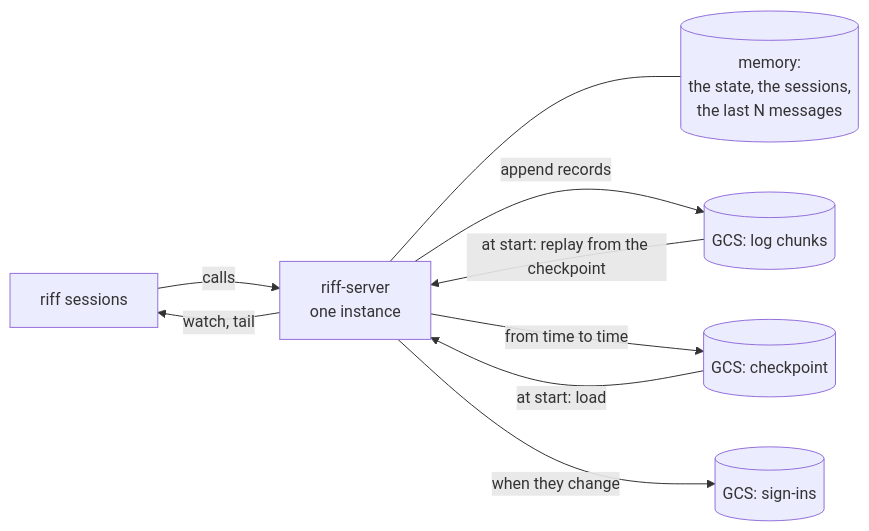
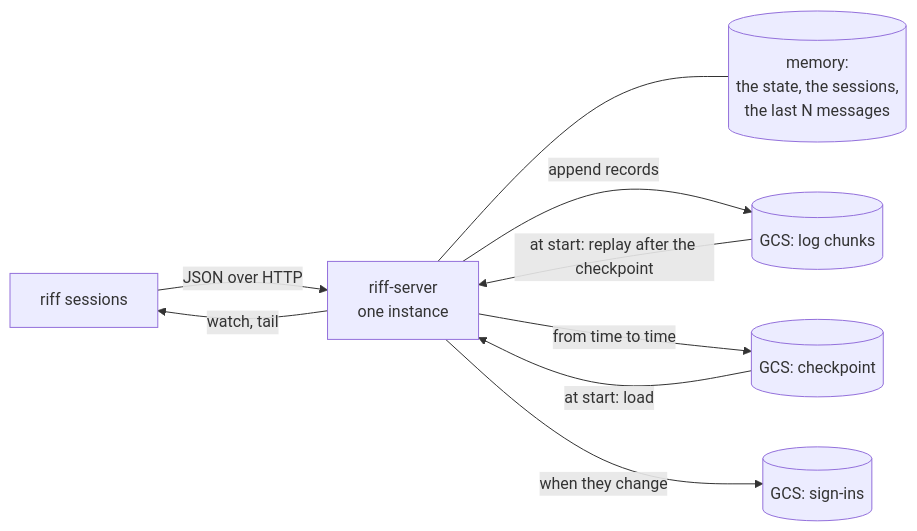
One commit to como-technologies/riff changed the first of 3 diagrams in docs/src/design-storage.md. Above: the diagram before and after it, drawn with Mermaid. The commit also changed other lines of this file and 1 other file, not shown here.

First line of the commit message:
Design: the store of riff-server, with the decisions of the reviews (#332)

````diff
--- a/docs/src/design-storage.md
+++ b/docs/src/design-storage.md
@@ -23,11 +25,11 @@
 ```mermaid
 flowchart LR
-    R[riff sessions] -->|calls| S[riff-server<br/>one instance]
+    R[riff sessions] -->|JSON over HTTP| S[riff-server<br/>one instance]
     S -->|watch, tail| R
     S --- M[(memory:<br/>the state, the sessions,<br/>the last N messages)]
     S -->|append records| L[(GCS: log chunks)]
     S -->|from time to time| C[(GCS: checkpoint)]
     S -->|when they change| G[(GCS: sign-ins)]
     C -->|at start: load| S
-    L -->|at start: replay from the checkpoint| S
+    L -->|at start: replay after the checkpoint| S
 ```
````
